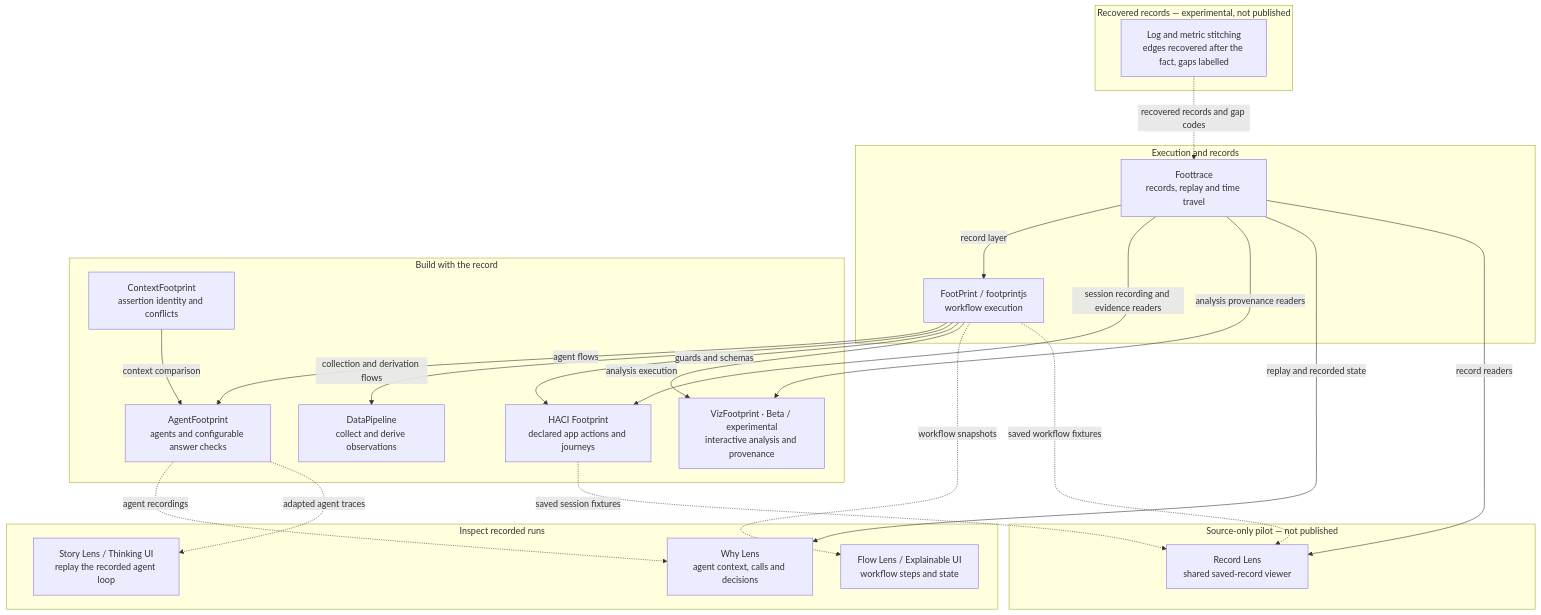
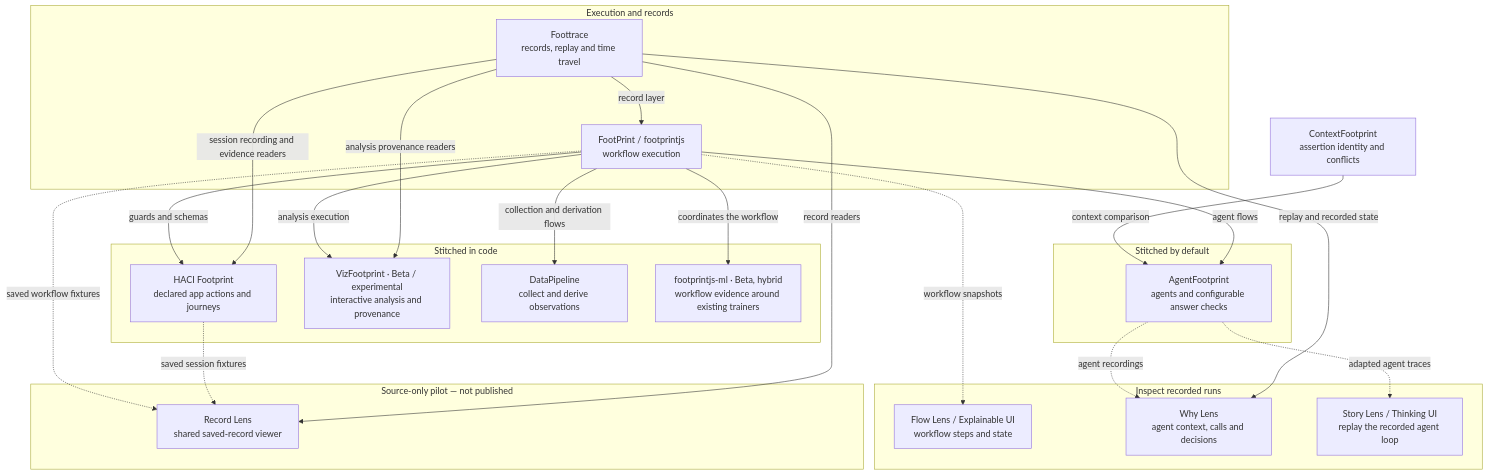
Before and after one commit to footprintjs/.github: the diagram in profile/README.md, drawn with Mermaid. The commit also changed other lines of this file, not shown here.

````diff
--- a/profile/README.md
+++ b/profile/README.md
@@ -41,47 +48,48 @@
 ```mermaid
 flowchart TD
     subgraph foundation["Execution and records"]
         R["Foottrace<br/>records, replay and time travel"]
         F["FootPrint / footprintjs<br/>workflow execution"]
         R -->|record layer| F
     end
 
-    subgraph libraries["Build with the record"]
+    subgraph bydefault["Stitched by default"]
         A["AgentFootprint<br/>agents and configurable answer checks"]
-        D["DataPipeline<br/>collect and derive observations"]
+    end
+
+    C["ContextFootprint<br/>assertion identity and conflicts"]
+    C -->|context comparison| A
+
+    subgraph incode["Stitched in code"]
         H["HACI Footprint<br/>declared app actions and journeys"]
         V["VizFootprint · Beta / experimental<br/>interactive analysis and provenance"]
-        C["ContextFootprint<br/>assertion identity and conflicts"]
-        C -->|context comparison| A
+        D["DataPipeline<br/>collect and derive observations"]
+        M["footprintjs-ml · Beta, hybrid<br/>workflow evidence around existing trainers"]
     end
 
     F -->|agent flows| A
     F -->|collection and derivation flows| D
     F -->|guards and schemas| H
     F -->|analysis execution| V
+    F -->|coordinates the workflow| M
     R -->|session recording and evidence readers| H
     R -->|analysis provenance readers| V
 
     subgraph views["Inspect recorded runs"]
         E["Flow Lens / Explainable UI<br/>workflow steps and state"]
         L["Why Lens<br/>agent context, calls and decisions"]
         T["Story Lens / Thinking UI<br/>replay the recorded agent loop"]
     end
 
     F -. workflow snapshots .-> E
     A -. agent recordings .-> L
     A -. adapted agent traces .-> T
     R -->|replay and recorded state| L
 
     subgraph pilot["Source-only pilot — not published"]
         P["Record Lens<br/>shared saved-record viewer"]
     end
     F -. saved workflow fixtures .-> P
     H -. saved session fixtures .-> P
     R -->|record readers| P
-
-    subgraph recovered["Recovered records — experimental, not published"]
-        G["Log and metric stitching<br/>edges recovered after the fact, gaps labelled"]
-    end
-    G -. recovered records and gap codes .-> R
 ```
````
